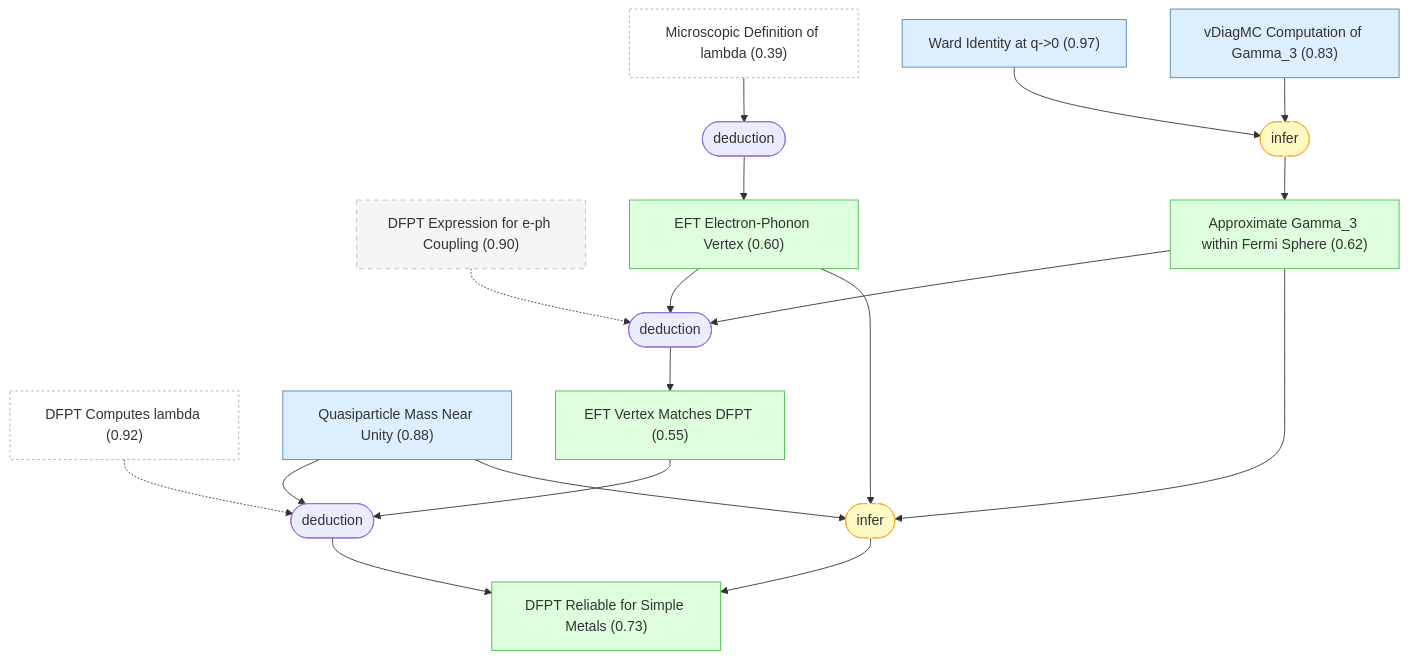
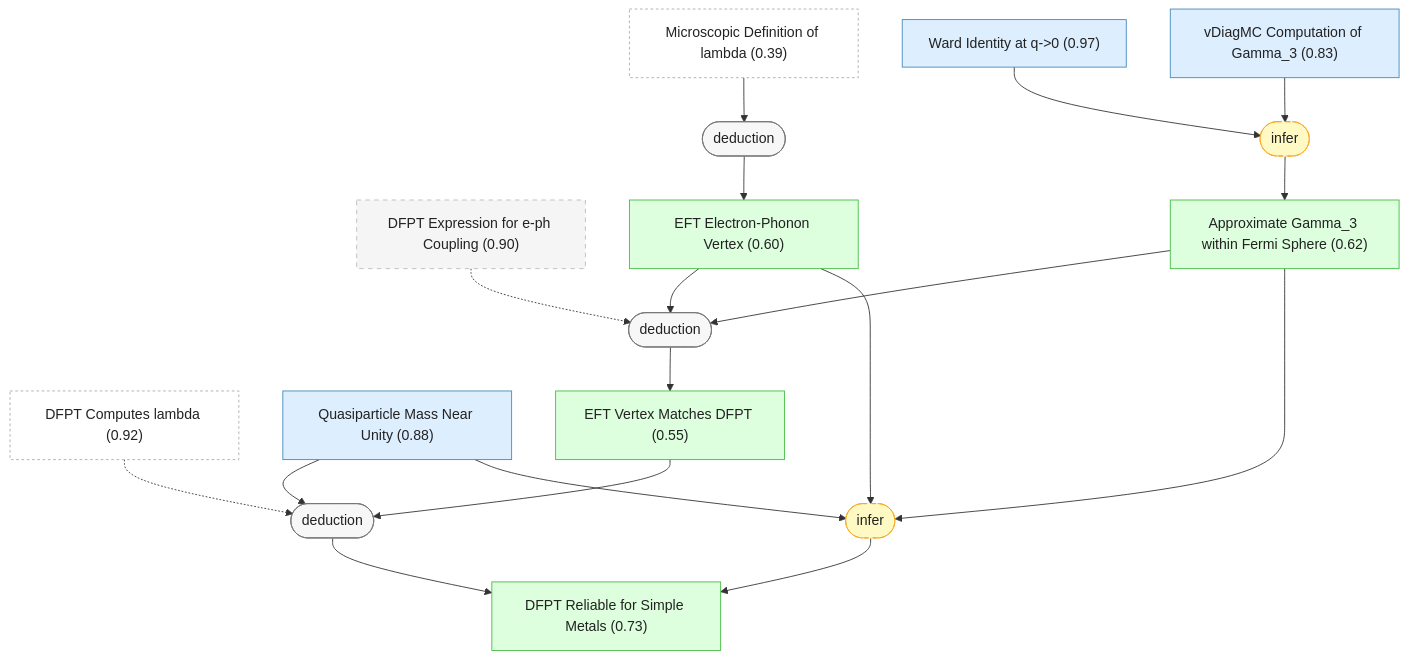
One commit to kunyuan/SuperconductivityElectronLiquids.gaia changed the fifth of 6 diagrams in README.md. Above: the diagram before and after it, drawn with Mermaid. The commit also changed other lines of this file, not shown here.

Commit message:
docs: darken Mermaid text in README

````diff
--- a/README.md
+++ b/README.md
@@ -598,45 +606,47 @@
 ```mermaid
 graph TD
     dfpt_computes_lambda["DFPT Computes lambda (0.92)"]:::external
     lambda_microscopic_definition["Microscopic Definition of lambda (0.39)"]:::external
     ward_identity["Ward Identity at q->0 (0.97)"]:::premise
     gamma3_vdiagmc["vDiagMC Computation of Gamma_3 (0.83)"]:::premise
     dfpt_eph_ansatz["DFPT Expression for e-ph Coupling (0.90)"]:::background
     quasiparticle_mass_near_unity["Quasiparticle Mass Near Unity (0.88)"]:::premise
     eft_eph_vertex["EFT Electron-Phonon Vertex (0.60)"]:::derived
     gamma3_approximation["Approximate Gamma_3 within Fermi Sphere (0.62)"]:::derived
     eft_vertex_matches_dfpt["EFT Vertex Matches DFPT (0.55)"]:::derived
     dfpt_reliable_for_simple_metals["DFPT Reliable for Simple Metals (0.73)"]:::derived
-    strat_12(["deduction"])
+    strat_12(["deduction"]):::strategy
     lambda_microscopic_definition --> strat_12
     strat_12 --> eft_eph_vertex
     strat_13(["infer"]):::weak
     ward_identity --> strat_13
     gamma3_vdiagmc --> strat_13
     strat_13 --> gamma3_approximation
-    strat_14(["deduction"])
+    strat_14(["deduction"]):::strategy
     eft_eph_vertex --> strat_14
     gamma3_approximation --> strat_14
     dfpt_eph_ansatz -.-> strat_14
     strat_14 --> eft_vertex_matches_dfpt
-    strat_15(["deduction"])
+    strat_15(["deduction"]):::strategy
     eft_vertex_matches_dfpt --> strat_15
     quasiparticle_mass_near_unity --> strat_15
     dfpt_computes_lambda -.-> strat_15
     strat_15 --> dfpt_reliable_for_simple_metals
     strat_16(["infer"]):::weak
     eft_eph_vertex --> strat_16
     gamma3_approximation --> strat_16
     quasiparticle_mass_near_unity --> strat_16
     strat_16 --> dfpt_reliable_for_simple_metals
 
-    classDef setting fill:#f0f0f0,stroke:#999
-    classDef premise fill:#ddeeff,stroke:#4488bb
-    classDef derived fill:#ddffdd,stroke:#44bb44
-    classDef question fill:#fff3dd,stroke:#cc9944
-    classDef background fill:#f5f5f5,stroke:#bbb,stroke-dasharray: 5 5
-    classDef orphan fill:#fff,stroke:#ccc,stroke-dasharray: 5 5
-    classDef external fill:#fff,stroke:#aaa,stroke-dasharray: 3 3
-    classDef weak fill:#fff9c4,stroke:#f9a825,stroke-dasharray: 5 5
-    classDef contra fill:#ffebee,stroke:#c62828
+    classDef setting fill:#f0f0f0,stroke:#999,color:#222
+    classDef premise fill:#ddeeff,stroke:#4488bb,color:#222
+    classDef derived fill:#ddffdd,stroke:#44bb44,color:#222
+    classDef question fill:#fff3dd,stroke:#cc9944,color:#222
+    classDef background fill:#f5f5f5,stroke:#bbb,stroke-dasharray: 5 5,color:#222
+    classDef orphan fill:#fff,stroke:#ccc,stroke-dasharray: 5 5,color:#222
+    classDef external fill:#fff,stroke:#aaa,stroke-dasharray: 3 3,color:#222
+    classDef strategy fill:#f7f7f7,stroke:#777,color:#222
+    classDef operator fill:#f7f7f7,stroke:#777,color:#222
+    classDef weak fill:#fff9c4,stroke:#f9a825,stroke-dasharray: 5 5,color:#222
+    classDef contra fill:#ffebee,stroke:#c62828,color:#222
 ```
````
